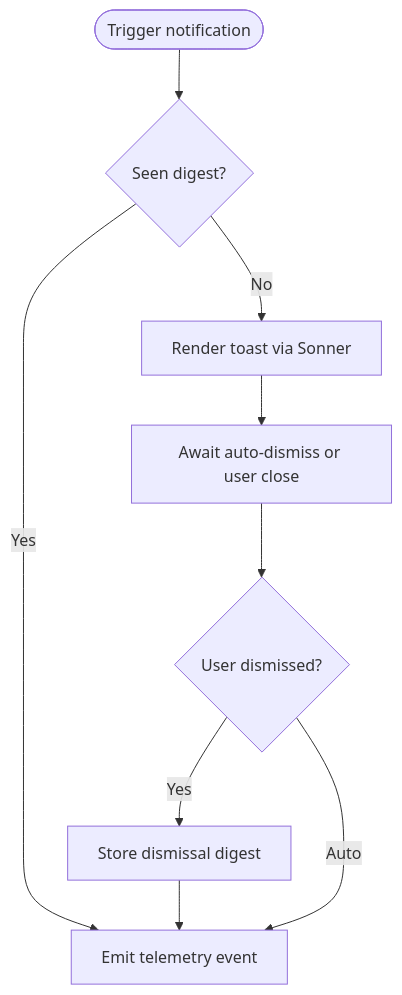
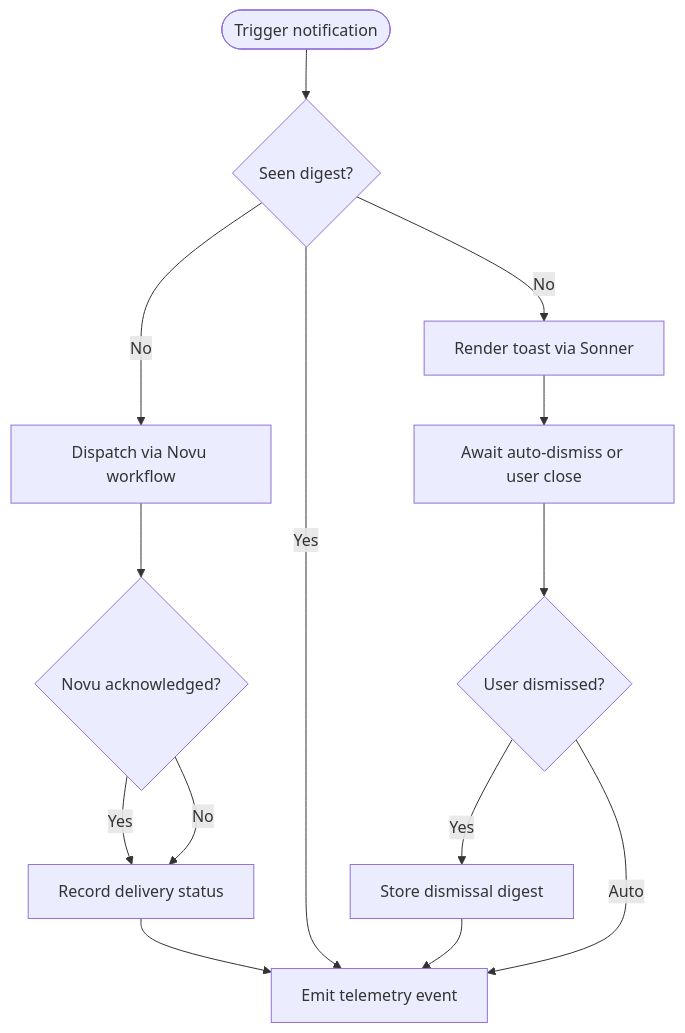
One commit to marcelkenner/clarivum changed the diagram in docs/diagrams/adr-012-notification-experience-and-toasts/bpmn-notification.mmd. Above: the diagram before and after it, drawn with Mermaid. The commit also changed 75 other files, not shown here.

````diff
--- a/docs/diagrams/adr-012-notification-experience-and-toasts/bpmn-notification.mmd
+++ b/docs/diagrams/adr-012-notification-experience-and-toasts/bpmn-notification.mmd
@@ -1,15 +1,21 @@
 ```mermaid
 flowchart TD
     trigger([Trigger notification])
     dedupe{Seen digest?}
     render[Render toast via Sonner]
+    novu[Dispatch via Novu workflow]
+    novuStatus{Novu acknowledged?}
+    recordDelivery[Record delivery status]
     wait[Await auto-dismiss or user close]
     dismiss{User dismissed?}
     persist[Store dismissal digest]
     telemetry[Emit telemetry event]
     trigger --> dedupe
     dedupe -->|No| render --> wait --> dismiss
+    dedupe -->|No| novu --> novuStatus
+    novuStatus -->|Yes| recordDelivery --> telemetry
+    novuStatus -->|No| recordDelivery
     dedupe -->|Yes| telemetry
     dismiss -->|Yes| persist --> telemetry
     dismiss -->|Auto| telemetry
 ```
````
